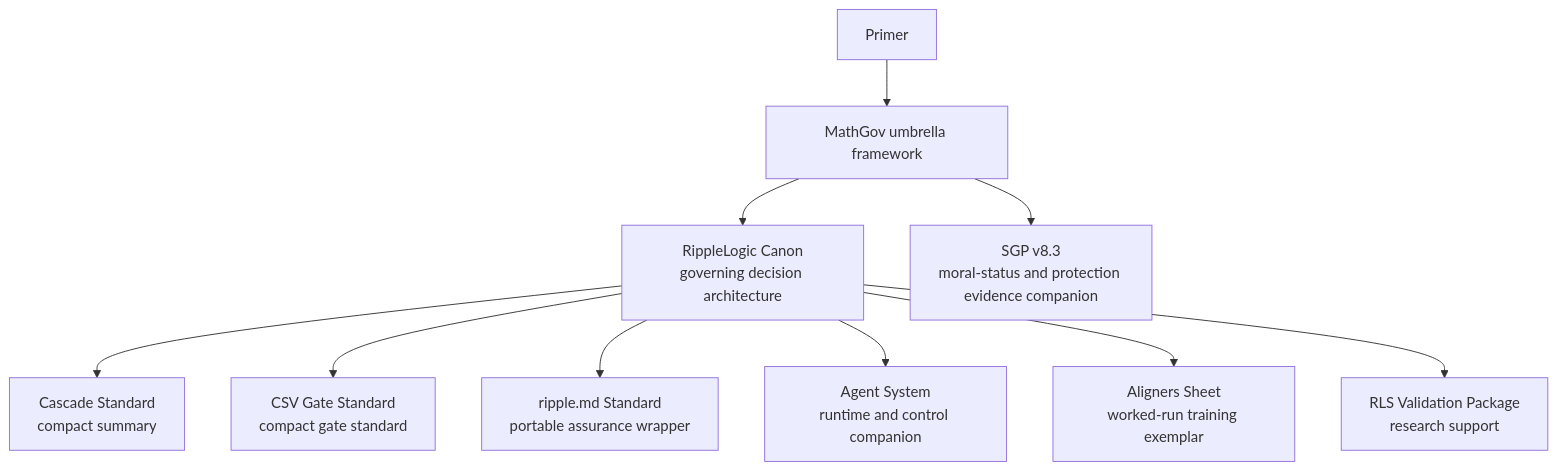
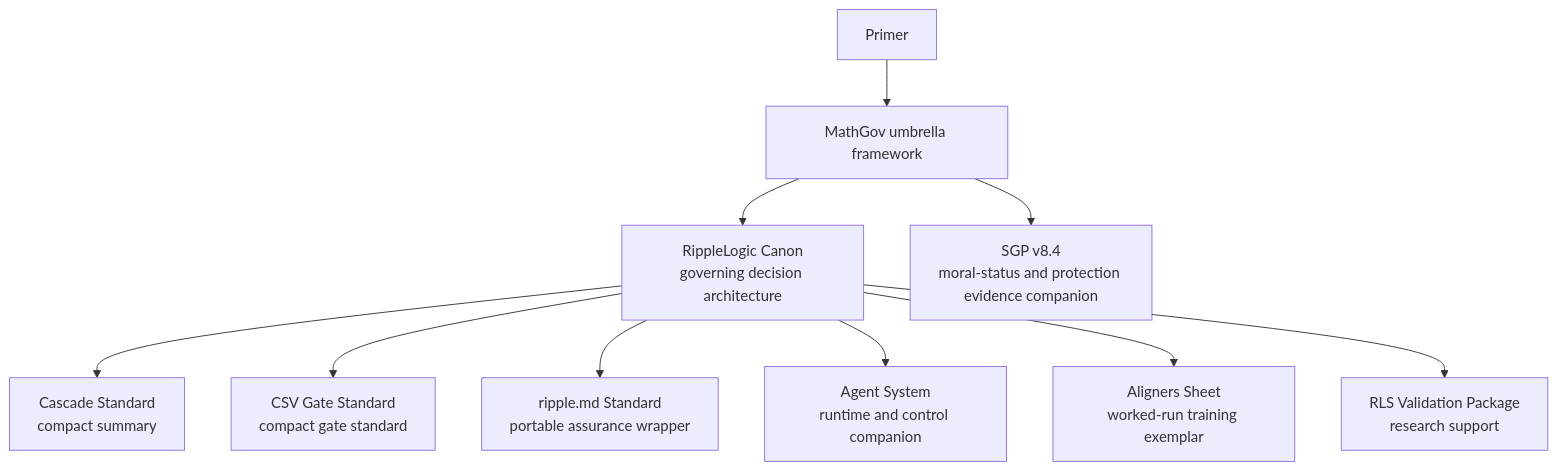
One commit to MathGov/ripple-logic changed the diagram in docs/diagrams/artifact_hierarchy.mmd. Above: the diagram before and after it, drawn with Mermaid. The commit also changed 288 other files, not shown here.

```diff
--- a/docs/diagrams/artifact_hierarchy.mmd
+++ b/docs/diagrams/artifact_hierarchy.mmd
@@ -1,10 +1,10 @@
 flowchart TD
     A[MathGov umbrella framework] --> B[RippleLogic Canon<br/>governing decision architecture]
-    A --> C[SGP v8.3<br/>moral-status and protection evidence companion]
+    A --> C[SGP v8.4<br/>moral-status and protection evidence companion]
     B --> D[Cascade Standard<br/>compact summary]
     B --> E[CSV Gate Standard<br/>compact gate standard]
     B --> F[ripple.md Standard<br/>portable assurance wrapper]
     B --> G[Agent System<br/>runtime and control companion]
     B --> H[Aligners Sheet<br/>worked-run training exemplar]
     B --> I[RLS Validation Package<br/>research support]
     J[Primer] --> A
```
